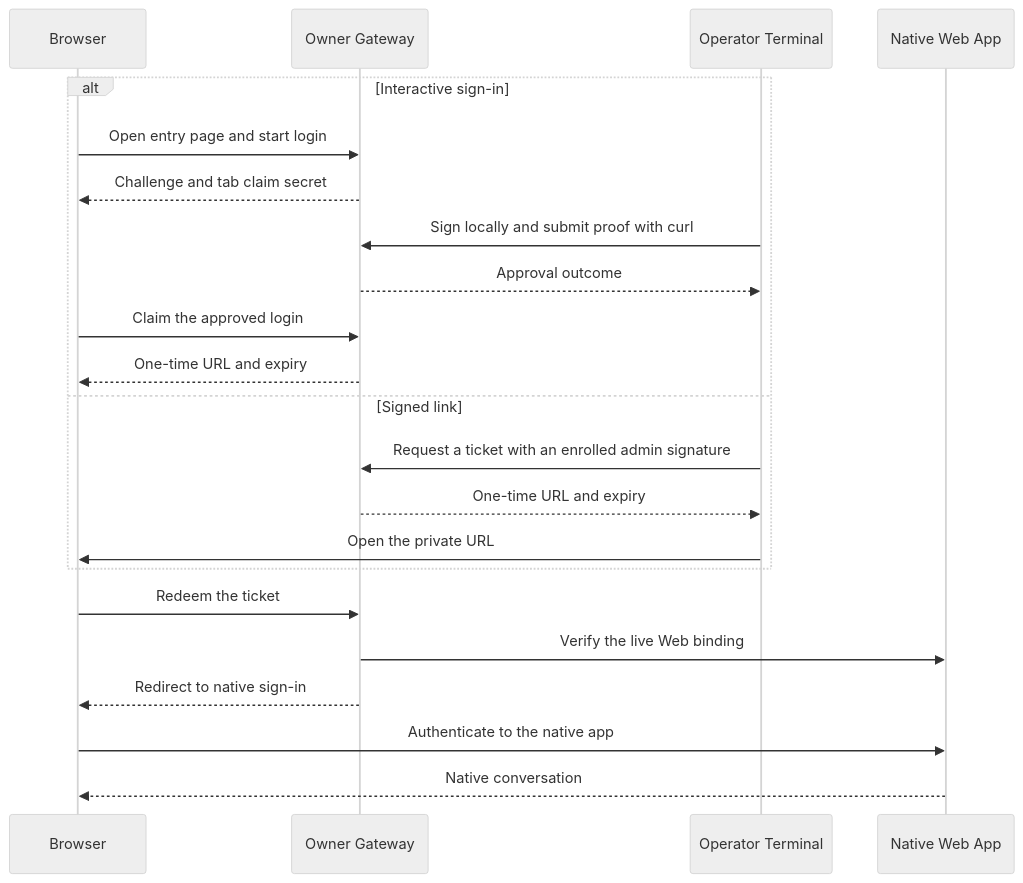
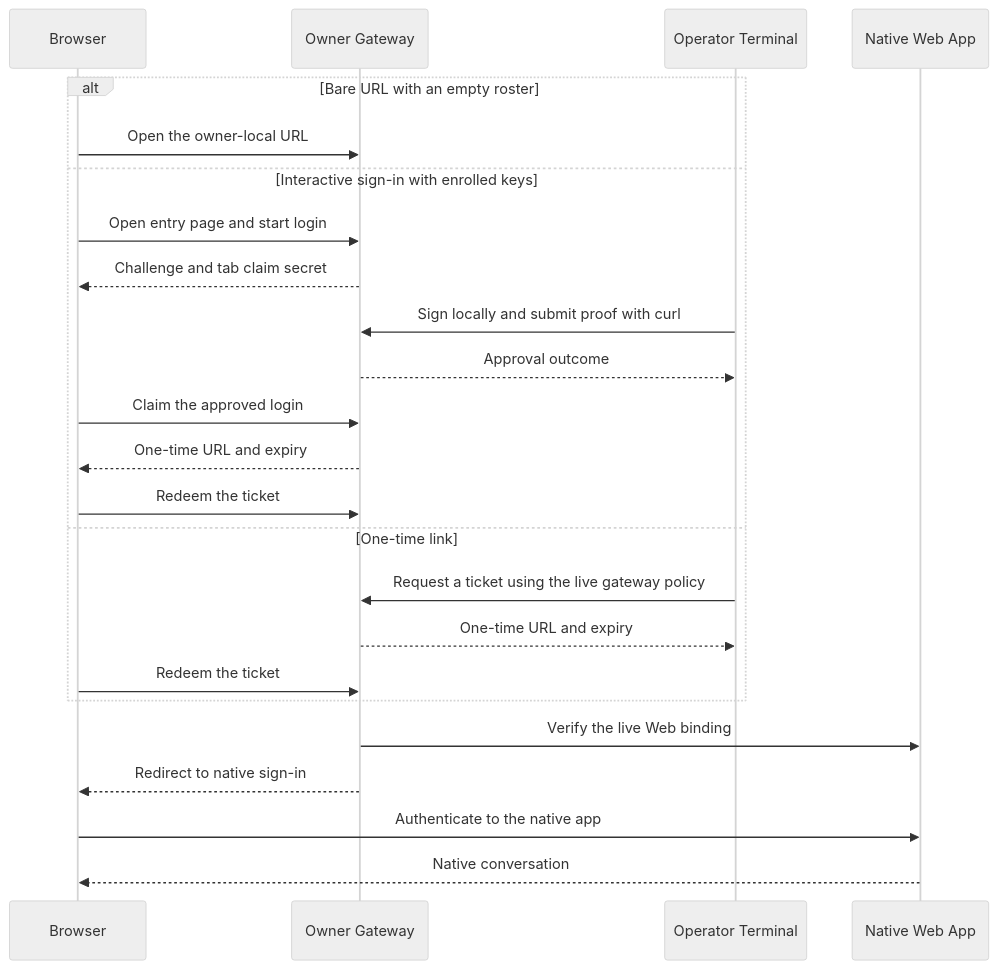
One commit to igamenovoer/houmao changed the diagram in docs/reference/gateway/operations/access.md. Above: the diagram before and after it, drawn with Mermaid (neutral theme). The commit also changed other lines of this file and 51 other files, not shown here.

Commit message:
feat: open gateway access when the admin roster is empty

````diff
--- a/docs/reference/gateway/operations/access.md
+++ b/docs/reference/gateway/operations/access.md
@@ -118,24 +125,26 @@
 ```mermaid
 sequenceDiagram
     participant B as Browser
     participant G as Owner Gateway
     participant T as Operator Terminal
     participant N as Native Web App
-    alt Interactive sign-in
+    alt Bare URL with an empty roster
+        B->>G: Open the owner-local URL
+    else Interactive sign-in with enrolled keys
         B->>G: Open entry page and start login
         G-->>B: Challenge and tab claim secret
         T->>G: Sign locally and submit proof with curl
         G-->>T: Approval outcome
         B->>G: Claim the approved login
         G-->>B: One-time URL and expiry
-    else Signed link
-        T->>G: Request a ticket with an enrolled admin signature
+        B->>G: Redeem the ticket
+    else One-time link
+        T->>G: Request a ticket using the live gateway policy
         G-->>T: One-time URL and expiry
-        T->>B: Open the private URL
+        B->>G: Redeem the ticket
     end
-    B->>G: Redeem the ticket
     G->>N: Verify the live Web binding
     G-->>B: Redirect to native sign-in
     B->>N: Authenticate to the native app
     N-->>B: Native conversation
 ```
````
